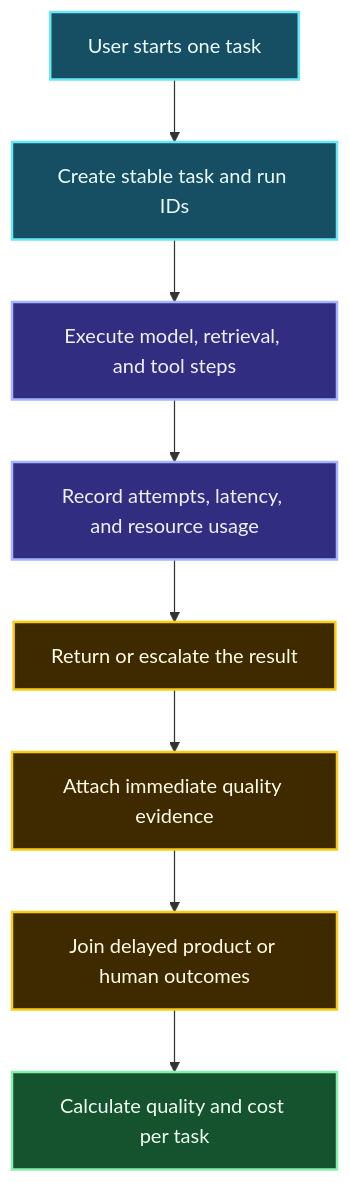
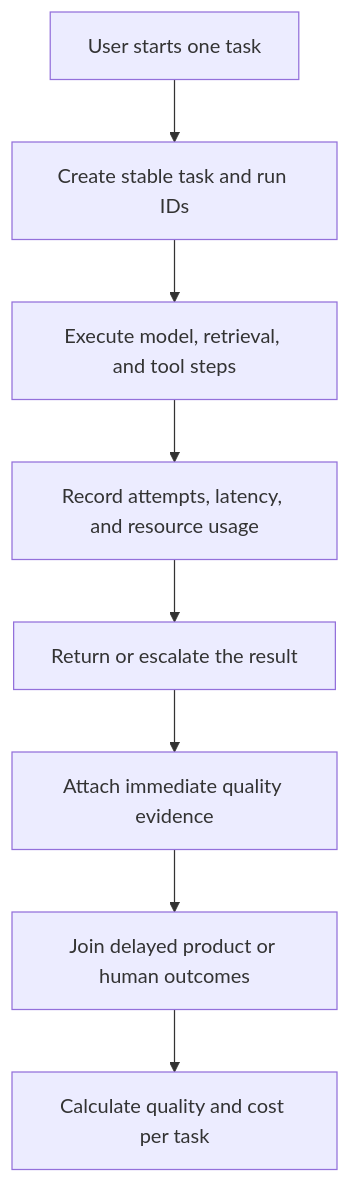
One commit to senlinyy/dev-roadmaps changed the first of 6 diagrams in roadmaps/mlops/modules/llmops/runtime-observability/03-quality-and-cost.md. Above: the diagram before and after it, drawn with Mermaid. The commit also changed other lines of this file and 152 other files, not shown here.

Commit message:
feat: mlops and diagrams updated

````diff
--- a/roadmaps/mlops/modules/llmops/runtime-observability/03-quality-and-cost.md
+++ b/roadmaps/mlops/modules/llmops/runtime-observability/03-quality-and-cost.md
@@ -58,17 +58,15 @@
 ```mermaid
 flowchart TD
     A["User starts one task"] --> B["Create stable task and run IDs"]
     B --> C["Execute model, retrieval, and tool steps"]
     C --> D["Record attempts, latency, and resource usage"]
     D --> E["Return or escalate the result"]
     E --> F["Attach immediate quality evidence"]
     F --> G["Join delayed product or human outcomes"]
     G --> H["Calculate quality and cost per task"]
 
-    classDef start fill:#164E63,stroke:#67E8F9,color:#ECFEFF,stroke-width:2px; classDef work fill:#312E81,stroke:#A5B4FC,color:#EEF2FF,stroke-width:2px;
-    classDef evidence fill:#3F2A00,stroke:#FACC15,color:#FEFCE8,stroke-width:2px; classDef result fill:#14532D,stroke:#86EFAC,color:#F0FDF4,stroke-width:2px;
     class A,B start;
     class C,D work;
     class E,F,G evidence;
     class H result;
 ```
````
